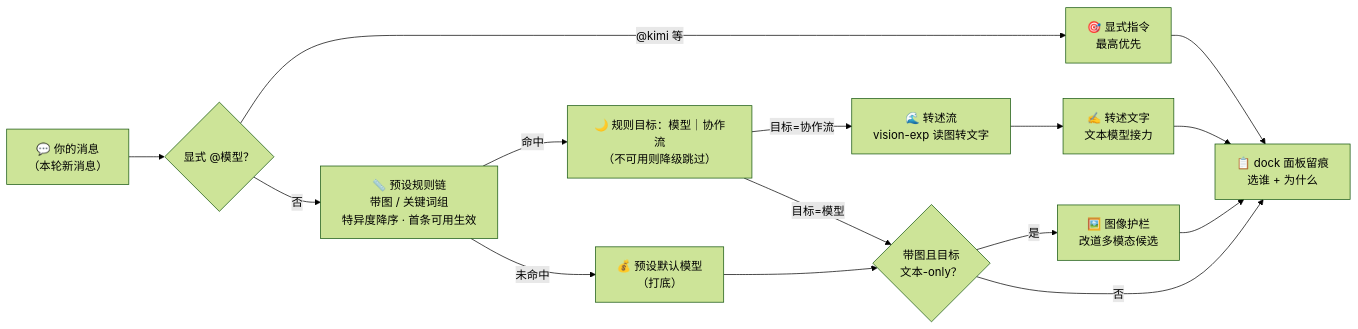
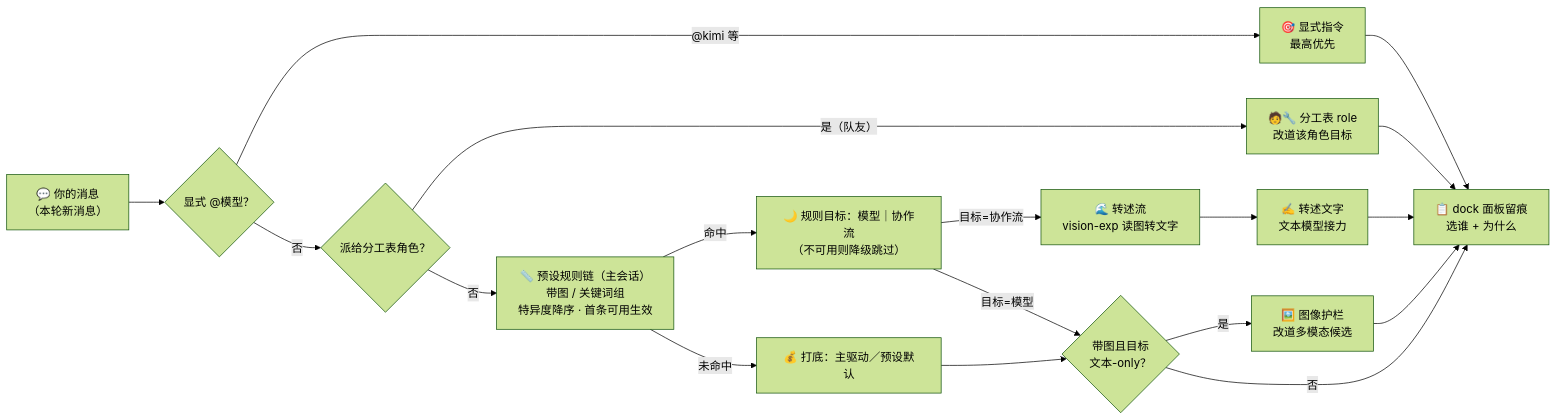
Before and after one commit to tafcear/kimi-tide: the diagram in README.md, drawn with Mermaid (forest theme). The commit also changed other lines of this file and 7 other files, not shown here.

````diff
--- a/README.md
+++ b/README.md
@@ -61,17 +63,20 @@
 ```mermaid
 flowchart LR
     A["💬 你的消息<br>（本轮新消息）"] --> B{"显式 @模型？"}
     B -- "@kimi 等" --> H["🎯 显式指令<br>最高优先"]
-    B -- 否 --> C["📏 预设规则链<br>带图 / 关键词组<br>特异度降序 · 首条可用生效"]
+    B -- 否 --> R{"派给分工表角色？"}
+    R -- "是（队友）" --> S["🧑🔧 分工表 role<br>改道该角色目标"]
+    R -- 否 --> C["📏 预设规则链（主会话）<br>带图 / 关键词组<br>特异度降序 · 首条可用生效"]
     C -- 命中 --> D["🌙 规则目标：模型｜协作流<br>（不可用则降级跳过）"]
-    C -- 未命中 --> E["💰 预设默认模型<br>（打底）"]
+    C -- 未命中 --> E["💰 打底：主驱动／预设默认"]
     H --> J
+    S --> J
     D -- "目标=协作流" --> T["🌊 转述流<br>vision-exp 读图转文字"]
     D -- "目标=模型" --> F
     E --> F{"带图且目标<br>文本-only？"}
     T --> K["✍️ 转述文字<br>文本模型接力"]
     F -- 是 --> G["🖼️ 图像护栏<br>改道多模态候选"]
     F -- 否 --> J["📋 dock 面板留痕<br>选谁 + 为什么"]
     G --> J
     K --> J
 ```
````
